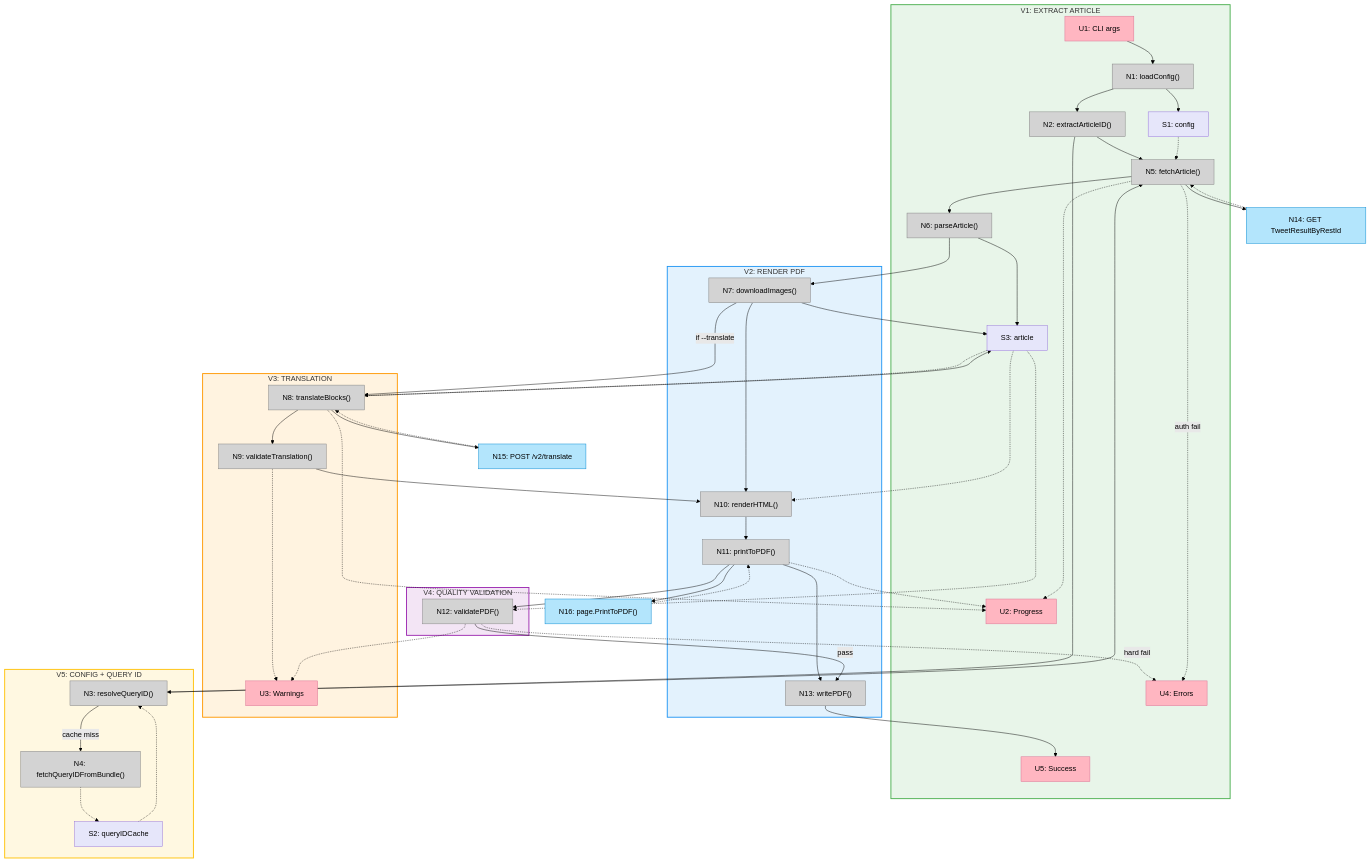
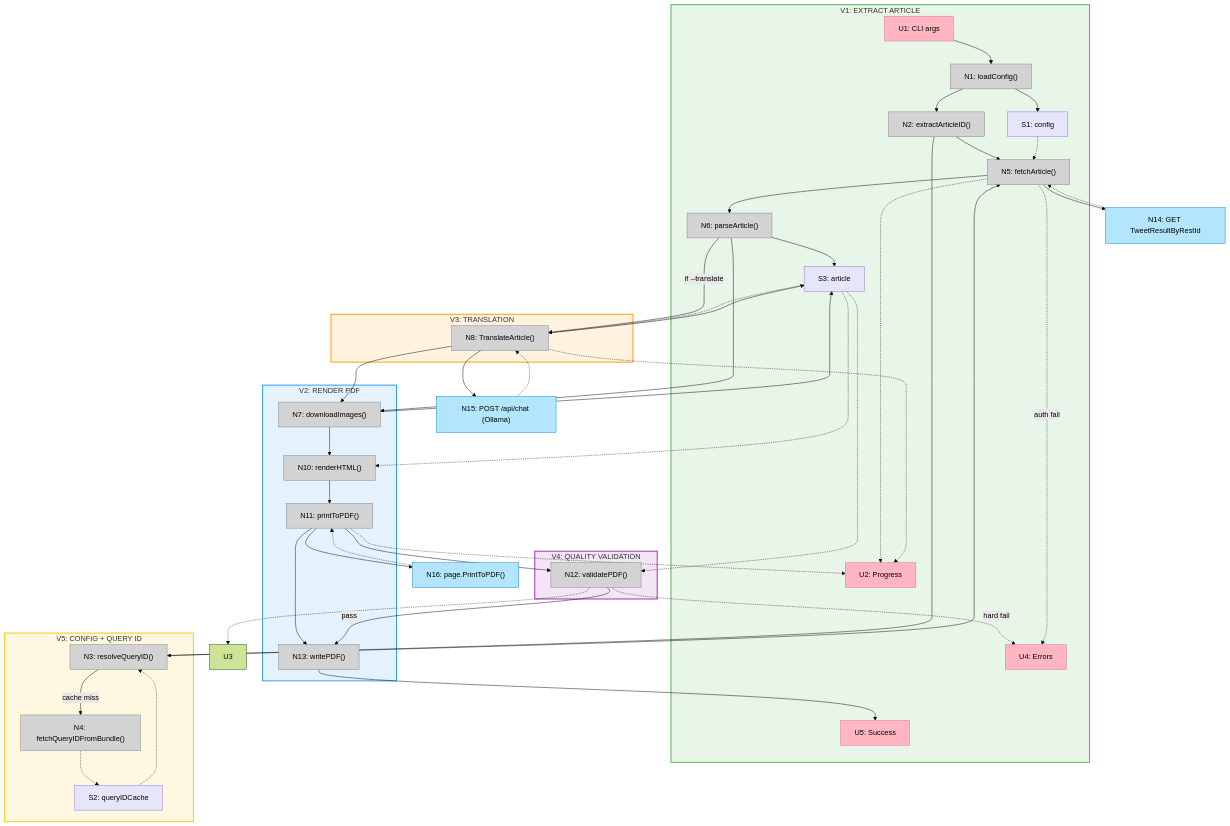
Before and after one commit to charlessuo/x-article-exporter: the diagram in shaping/slices.md, drawn with Mermaid (forest theme). The commit also changed other lines of this file, not shown here.

Commit message:
Mark V3 complete, update docs to reflect Ollama/translategemma implementation

````diff
--- a/shaping/slices.md
+++ b/shaping/slices.md
@@ -163,9 +167,7 @@
     end
 
     subgraph V3["V3: TRANSLATION"]
-        U3["U3: Warnings"]
-        N8["N8: translateBlocks()"]
-        N9["N9: validateTranslation()"]
+        N8["N8: TranslateArticle()"]
     end
 
     subgraph V4["V4: QUALITY VALIDATION"]
@@ -180,7 +182,7 @@
 
     %% External systems
     N14["N14: GET TweetResultByRestId"]
-    N15["N15: POST /v2/translate"]
+    N15["N15: POST /api/chat (Ollama)"]
     N16["N16: page.PrintToPDF()"]
 
     %% Force slice ordering
@@ -212,14 +214,12 @@
     N13 --> U5
 
     %% V3 flow (conditional)
-    N7 -->|if --translate| N8
+    N6 -->|if --translate| N8
     S3 -.-> N8
     N8 --> N15
     N15 -.-> N8
     N8 --> S3
-    N8 --> N9
-    N9 -.-> U3
-    N9 --> N10
+    N8 --> N7
 
     %% V4 flow
     N11 --> N12
@@ -253,8 +253,8 @@
     classDef store fill:#e6e6fa,stroke:#9370db,color:#000
     classDef external fill:#b3e5fc,stroke:#0288d1,color:#000
 
-    class U1,U2,U3,U4,U5 ui
-    class N1,N2,N3,N4,N5,N6,N7,N8,N9,N10,N11,N12,N13 nonui
+    class U1,U2,U4,U5 ui
+    class N1,N2,N3,N4,N5,N6,N7,N8,N10,N11,N12,N13 nonui
     class N14,N15,N16 external
     class S1,S2,S3 store
 ```
````
